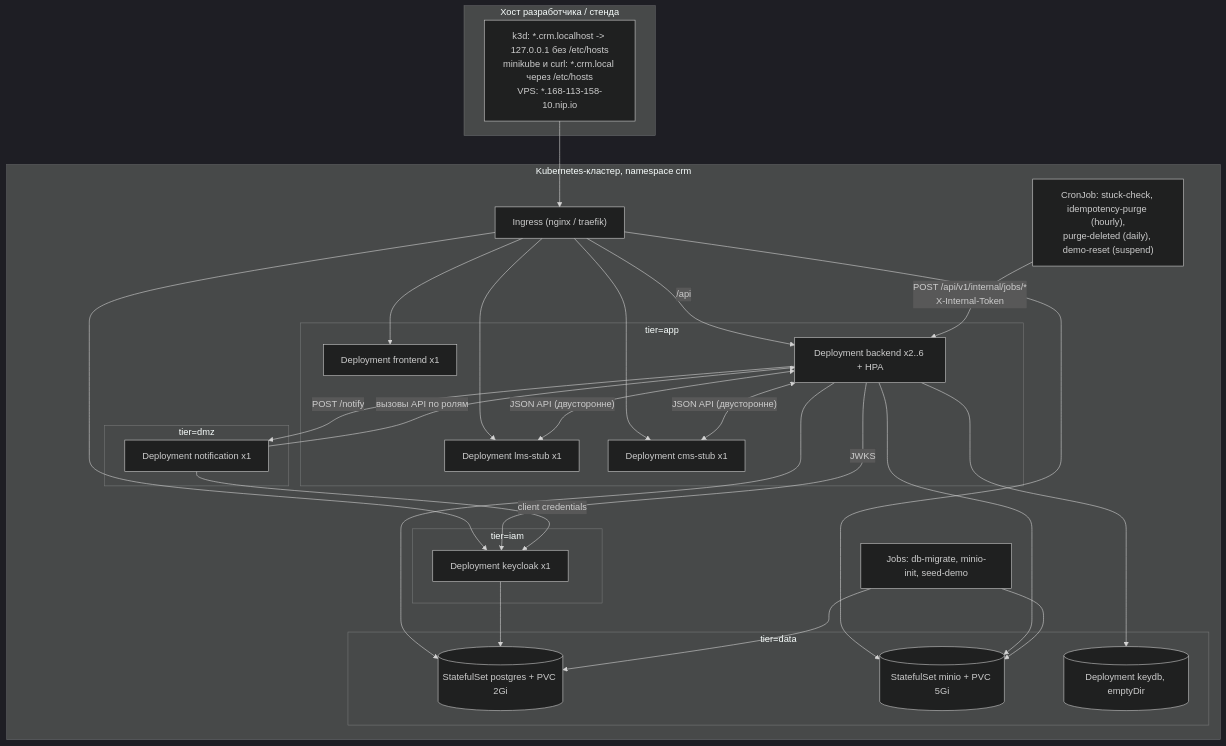
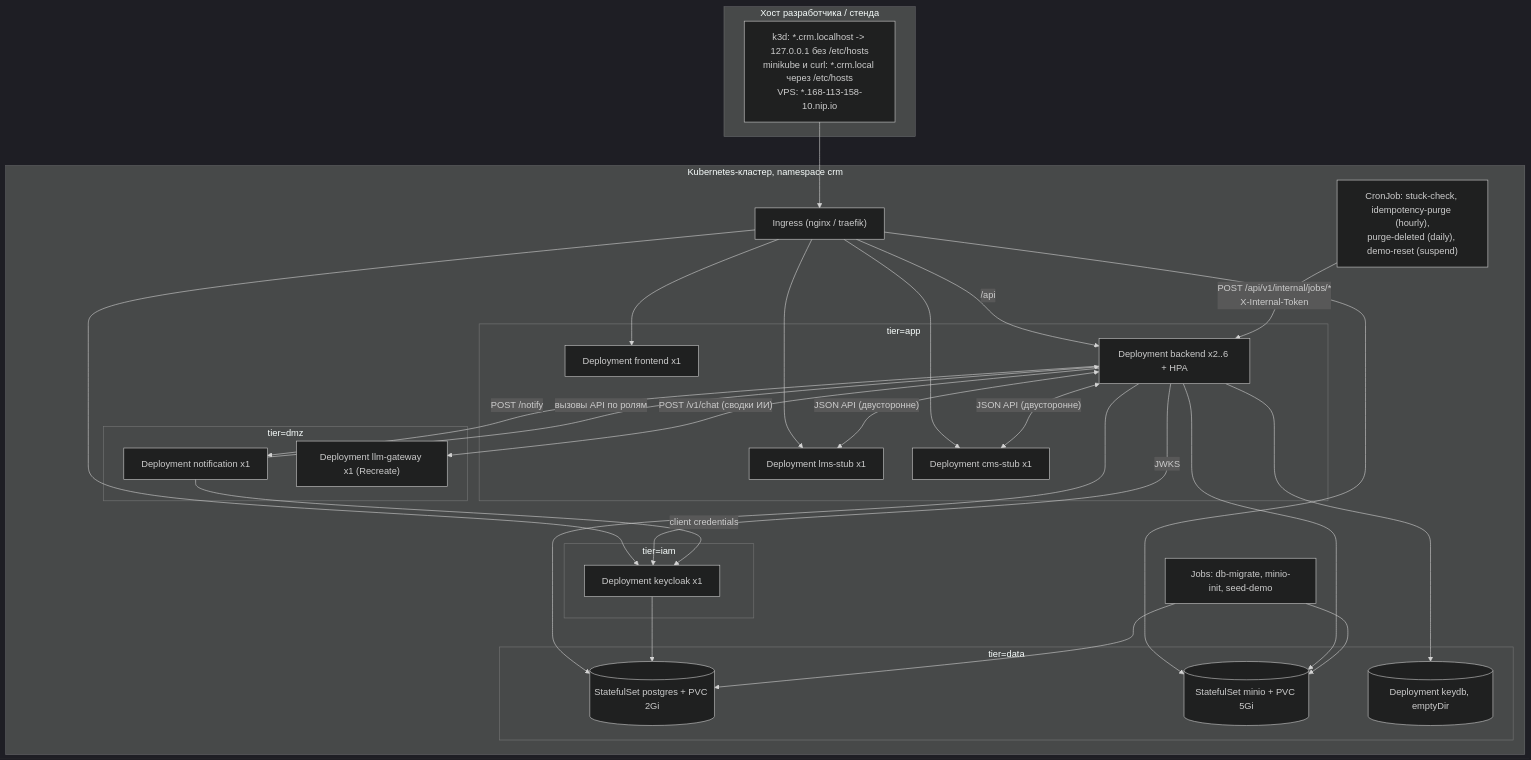
Before and after one commit to ilya2108/Collabse-LCT-Alma: the first of 3 diagrams in docs/design/deployment.md, drawn with Mermaid (dark theme). The commit also changed other lines of this file and 136 other files, not shown here.

````diff
--- a/docs/design/deployment.md
+++ b/docs/design/deployment.md
@@ -312,48 +337,50 @@
 ```mermaid
 flowchart TB
     subgraph host["Хост разработчика / стенда"]
         HOSTS["k3d: *.crm.localhost -> 127.0.0.1 без /etc/hosts\nminikube и curl: *.crm.local через /etc/hosts\nVPS: *.168-113-158-10.nip.io"]
     end
     subgraph cluster["Kubernetes-кластер, namespace crm"]
         ING["Ingress (nginx / traefik)"]
         subgraph apps["tier=app"]
             FE["Deployment frontend x1"]
             BE["Deployment backend x2..6 + HPA"]
             LMS["Deployment lms-stub x1"]
             CMS["Deployment cms-stub x1"]
         end
         subgraph dmzseg["tier=dmz"]
             NT["Deployment notification x1"]
+            LGW["Deployment llm-gateway x1 (Recreate)"]
         end
         subgraph iam["tier=iam"]
             KC["Deployment keycloak x1"]
         end
         subgraph data["tier=data"]
             PG[("StatefulSet postgres + PVC 2Gi")]
             MC[("StatefulSet minio + PVC 5Gi")]
             KD[("Deployment keydb, emptyDir")]
         end
         JOBS["Jobs: db-migrate, minio-init, seed-demo"]
         CRON["CronJob: stuck-check, idempotency-purge (hourly),\npurge-deleted (daily), demo-reset (suspend)"]
     end
     HOSTS --> ING
     ING --> FE
     ING -->|"/api"| BE
     ING --> KC
     ING --> LMS
     ING --> CMS
     ING --> MC
     BE --> PG
     BE --> MC
     BE --> KD
     BE -->|JWKS| KC
     BE <-->|"JSON API (двусторонне)"| LMS
     BE <-->|"JSON API (двусторонне)"| CMS
     BE -->|"POST /notify"| NT
+    BE -->|"POST /v1/chat (сводки ИИ)"| LGW
     NT -->|"client credentials"| KC
     NT -->|"вызовы API по ролям"| BE
     KC --> PG
     JOBS --> PG
     JOBS --> MC
     CRON -->|"POST /api/v1/internal/jobs/*\nX-Internal-Token"| BE
 ```
````
